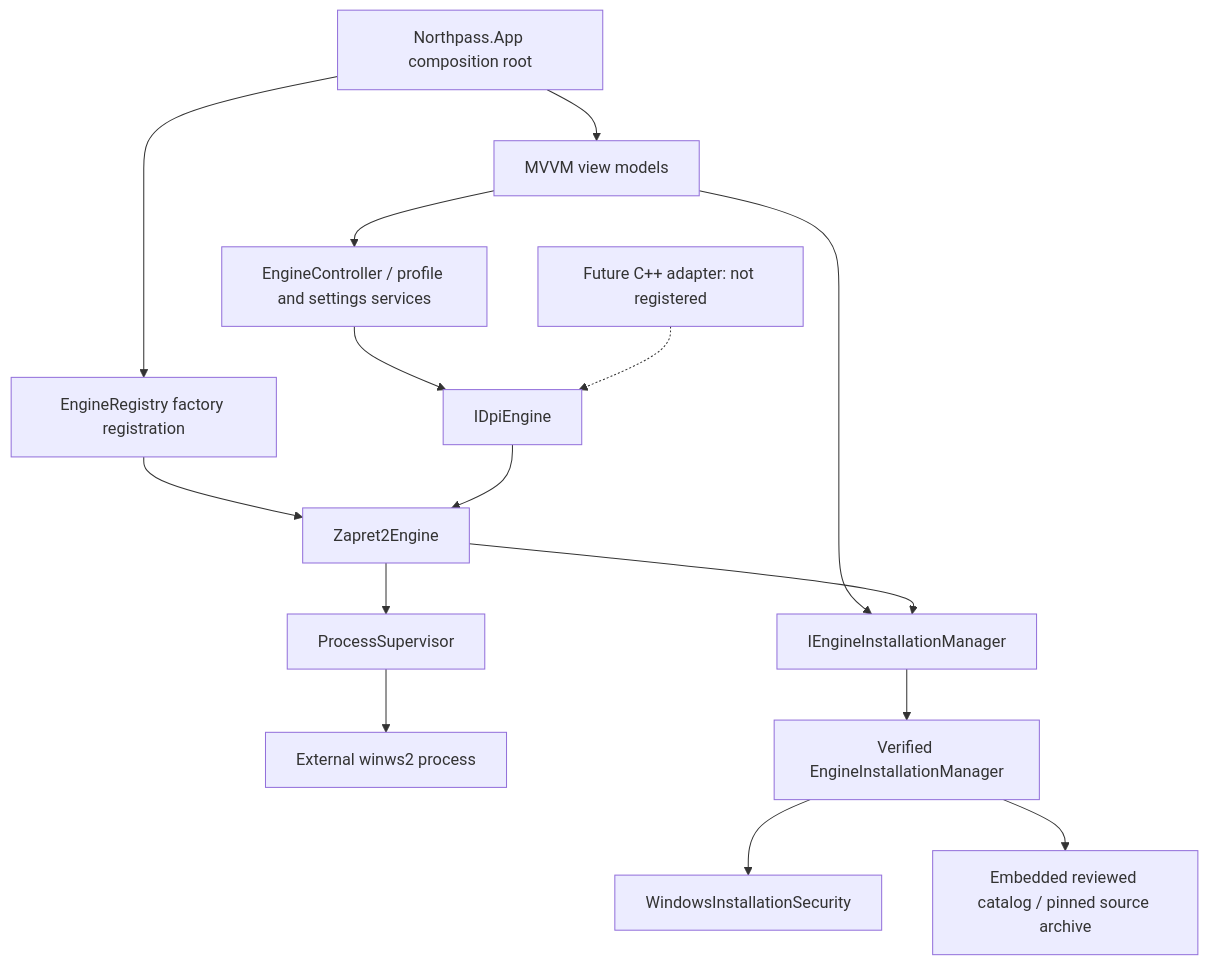
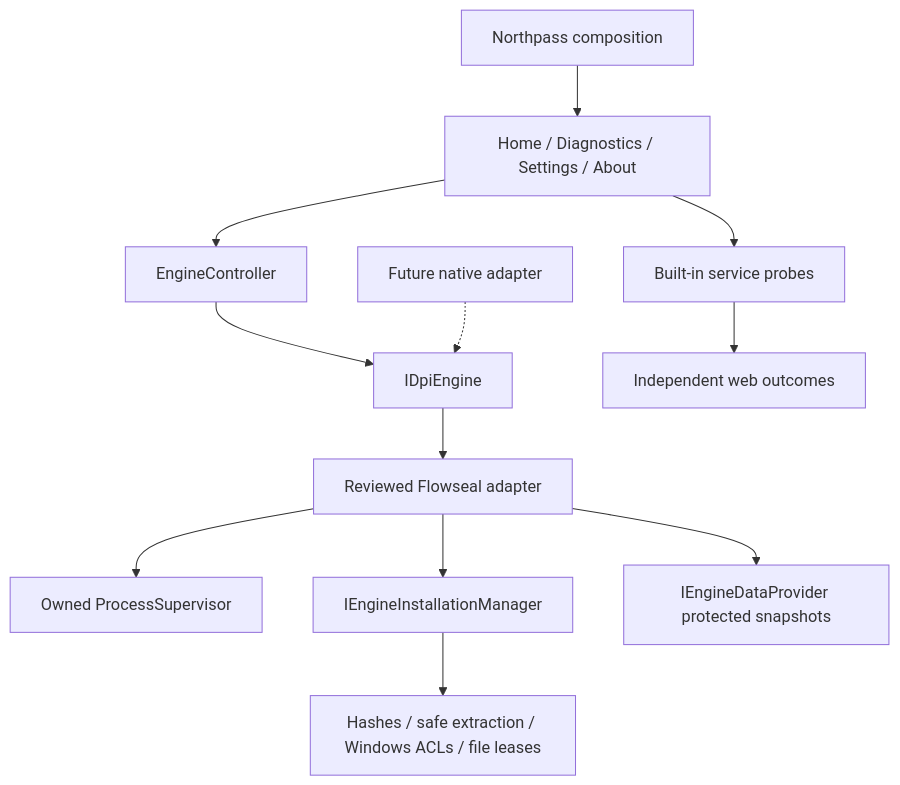
One commit to hsoltanov2007-code/zapret changed the diagram in docs/ARCHITECTURE.md. Above: the diagram before and after it, drawn with Mermaid. The commit also changed other lines of this file and 61 other files, not shown here.

Commit message:
Implement Northpass v0.6 single-engine Home, automatic diagnostics and native branding

````diff
--- a/docs/ARCHITECTURE.md
+++ b/docs/ARCHITECTURE.md
@@ -5,17 +5,14 @@
 ```mermaid
 flowchart TD
-  App[Northpass.App composition root] --> VM[MVVM view models]
-  App --> Registry[EngineRegistry factory registration]
-  VM --> Services[EngineController / profile and settings services]
-  Services --> API[IDpiEngine]
-  Registry --> Zapret[Zapret2Engine]
-  API --> Zapret
-  Zapret --> Process[ProcessSupervisor]
-  Process --> External[External winws2 process]
-  VM --> InstallAPI[IEngineInstallationManager]
-  InstallAPI --> Installer[Verified EngineInstallationManager]
-  Installer --> ACL[WindowsInstallationSecurity]
-  Installer --> Catalog[Embedded reviewed catalog / pinned source archive]
-  Zapret --> InstallAPI
-  Native[Future C++ adapter: not registered] -.-> API
+  App[Northpass composition] --> VM[Home / Diagnostics / Settings / About]
+  VM --> Controller[EngineController]
+  Controller --> API[IDpiEngine]
+  API --> Adapter[Reviewed Flowseal adapter]
+  Adapter --> Process[Owned ProcessSupervisor]
+  Adapter --> Install[IEngineInstallationManager]
+  Install --> Verify[Hashes / safe extraction / Windows ACLs / file leases]
+  Adapter --> Data[IEngineDataProvider protected snapshots]
+  VM --> Probes[Built-in service probes]
+  Probes --> Cards[Independent web outcomes]
+  Future[Future native adapter] -.-> API
 ```
````
